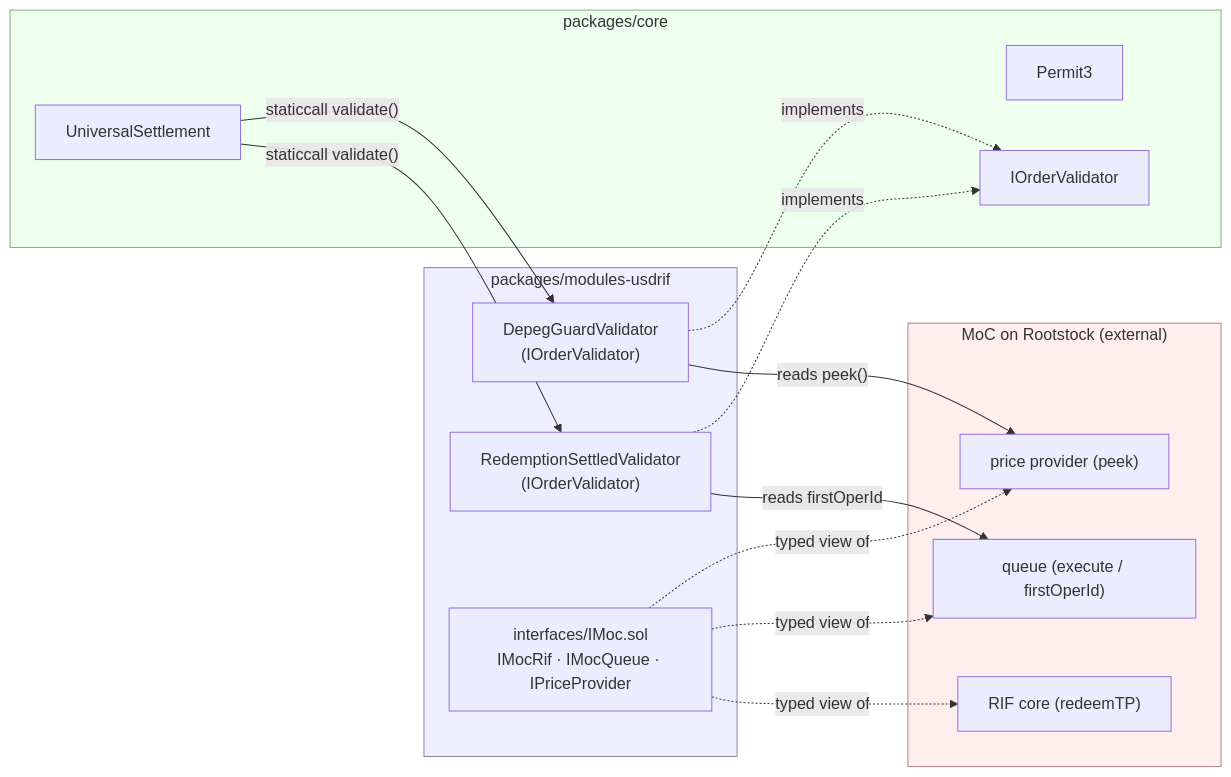
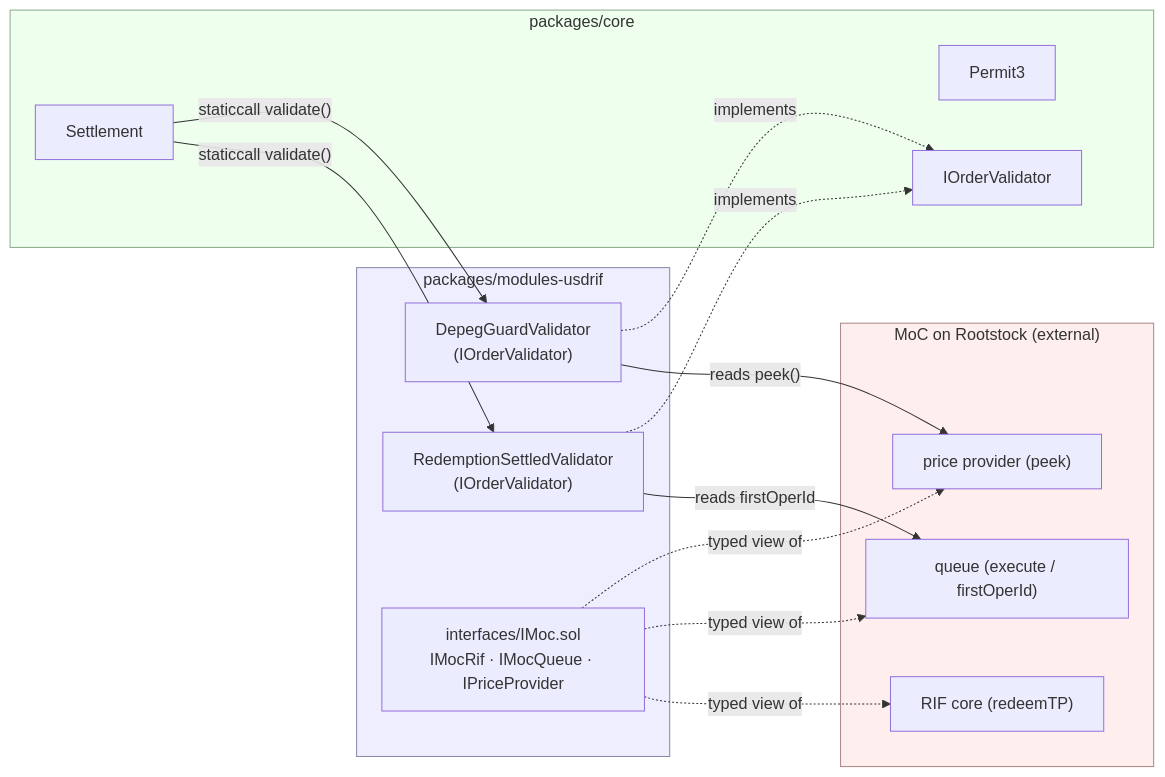
Before and after one commit to 1delta-DAO/1delta-X: the second of 2 diagrams in packages/modules/redeem/usdrif/ARCHITECTURE.md, drawn with Mermaid. The commit also changed other lines of this file and 162 other files, not shown here.

````diff
--- a/packages/modules/redeem/usdrif/ARCHITECTURE.md
+++ b/packages/modules/redeem/usdrif/ARCHITECTURE.md
@@ -109,30 +109,30 @@
 ```mermaid
 flowchart LR
     subgraph usdrif["packages/modules-usdrif"]
         RSV["RedemptionSettledValidator\n(IOrderValidator)"]
         DGV["DepegGuardValidator\n(IOrderValidator)"]
         IMOC["interfaces/IMoc.sol\nIMocRif · IMocQueue · IPriceProvider"]
     end
     subgraph core["packages/core"]
-        SETTLE["UniversalSettlement"]
+        SETTLE["Settlement"]
         P3["Permit3"]
         IOV["IOrderValidator"]
     end
     subgraph moc["MoC on Rootstock (external)"]
         CORE["RIF core (redeemTP)"]
         QUEUE["queue (execute / firstOperId)"]
         PP["price provider (peek)"]
     end
 
     SETTLE -- "staticcall validate()" --> RSV
     SETTLE -- "staticcall validate()" --> DGV
     RSV -- "reads firstOperId" --> QUEUE
     DGV -- "reads peek()" --> PP
     RSV -. implements .-> IOV
     DGV -. implements .-> IOV
     IMOC -. typed view of .-> CORE & QUEUE & PP
 
     style usdrif fill:#eef,stroke:#88a
     style core fill:#efe,stroke:#8a8
     style moc fill:#fee,stroke:#a88
 ```
````
